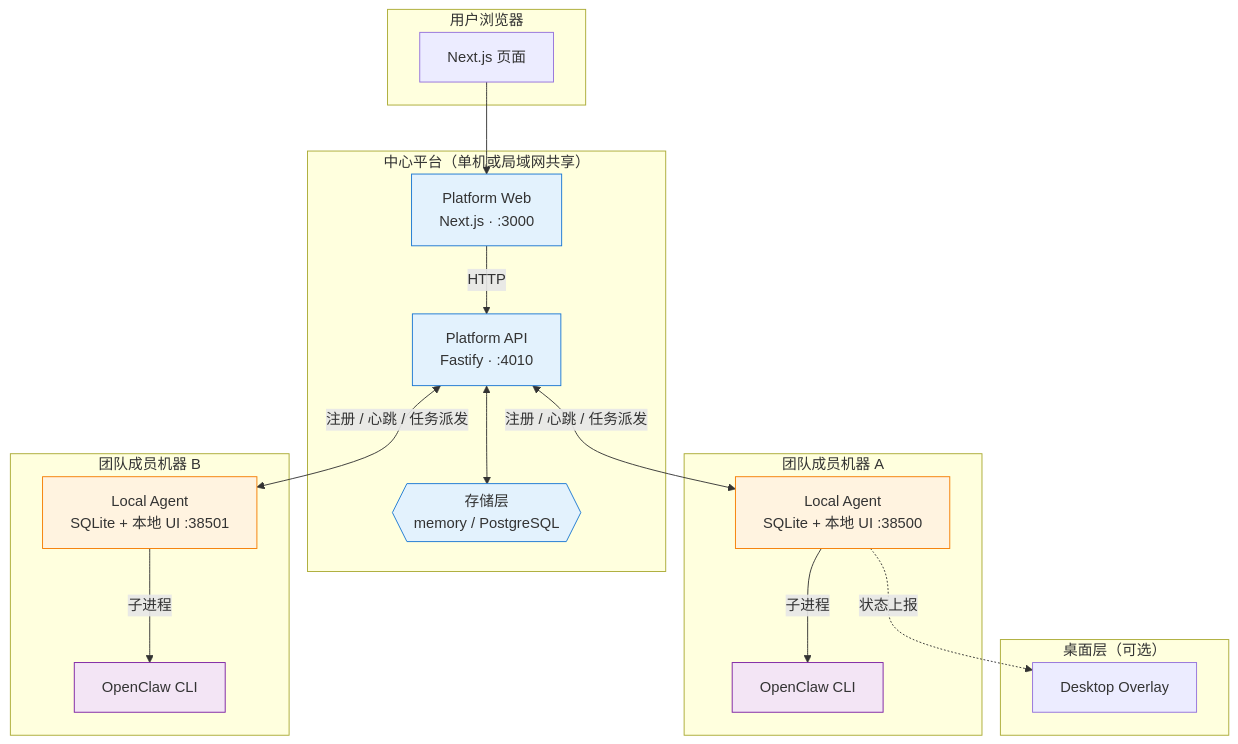
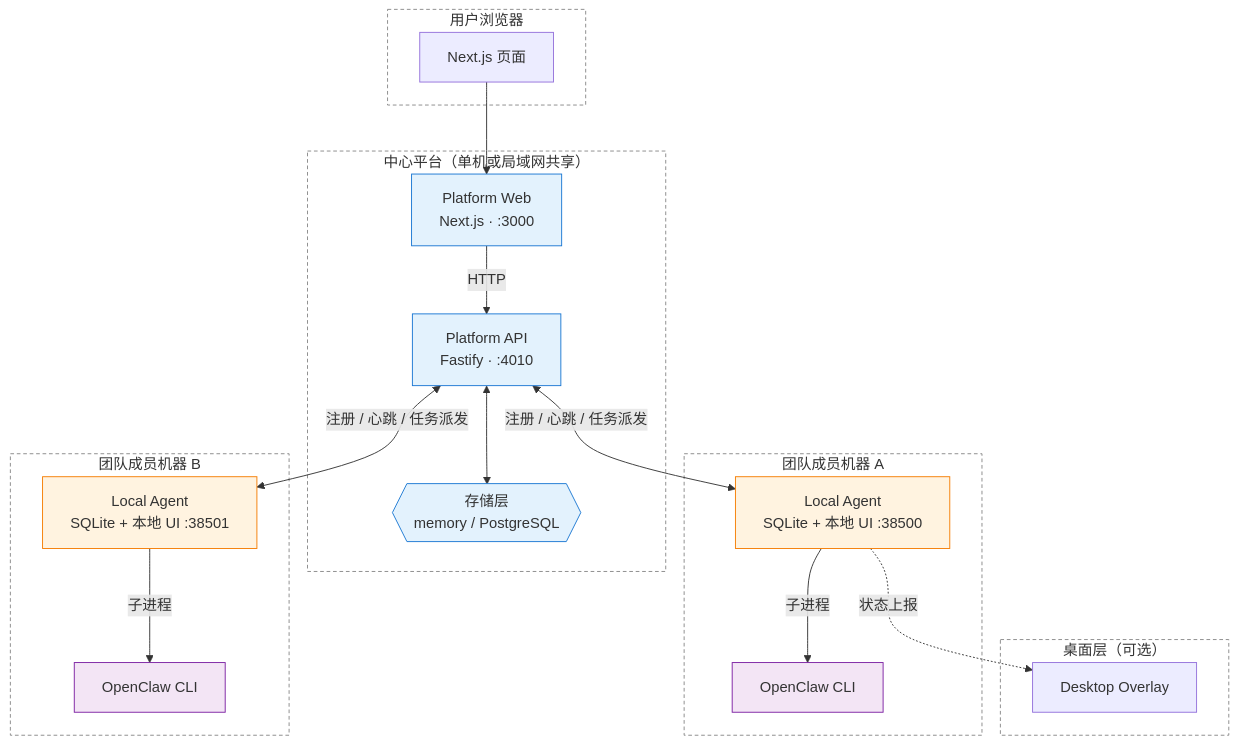
Before and after one commit to giovannixujingran-bit/flow-system-cv: the diagram in README.md, drawn with Mermaid. The commit also changed other lines of this file, not shown here.

First line of the commit message:
docs: 修正 OpenClaw 定位说明并去掉架构图 subgraph 灰色底

````diff
--- a/README.md
+++ b/README.md
@@ -38,42 +40,48 @@
 ```mermaid
 flowchart TB
     subgraph Browser["用户浏览器"]
         B[Next.js 页面]
     end
 
     subgraph Central["中心平台（单机或局域网共享）"]
         Web["Platform Web<br/>Next.js · :3000"]
         API["Platform API<br/>Fastify · :4010"]
         Store{{"存储层<br/>memory / PostgreSQL"}}
         Web -->|HTTP| API
         API <--> Store
     end
 
     subgraph Machine1["团队成员机器 A"]
         A1["Local Agent<br/>SQLite + 本地 UI :38500"]
         OC1["OpenClaw CLI"]
         A1 -->|子进程| OC1
     end
 
     subgraph Machine2["团队成员机器 B"]
         A2["Local Agent<br/>SQLite + 本地 UI :38501"]
         OC2["OpenClaw CLI"]
         A2 -->|子进程| OC2
     end
 
     subgraph Overlay["桌面层（可选）"]
         DO["Desktop Overlay"]
     end
 
     B --> Web
     API <-->|注册 / 心跳 / 任务派发| A1
     API <-->|注册 / 心跳 / 任务派发| A2
     A1 -.->|状态上报| DO
 
     classDef platform fill:#e3f2fd,stroke:#1976d2
     classDef agent fill:#fff3e0,stroke:#f57c00
     classDef cli fill:#f3e5f5,stroke:#7b1fa2
     class Web,API,Store platform
     class A1,A2 agent
     class OC1,OC2 cli
+
+    style Browser fill:transparent,stroke:#888,stroke-dasharray:4 3
+    style Central fill:transparent,stroke:#888,stroke-dasharray:4 3
+    style Machine1 fill:transparent,stroke:#888,stroke-dasharray:4 3
+    style Machine2 fill:transparent,stroke:#888,stroke-dasharray:4 3
+    style Overlay fill:transparent,stroke:#888,stroke-dasharray:4 3
 ```
````
